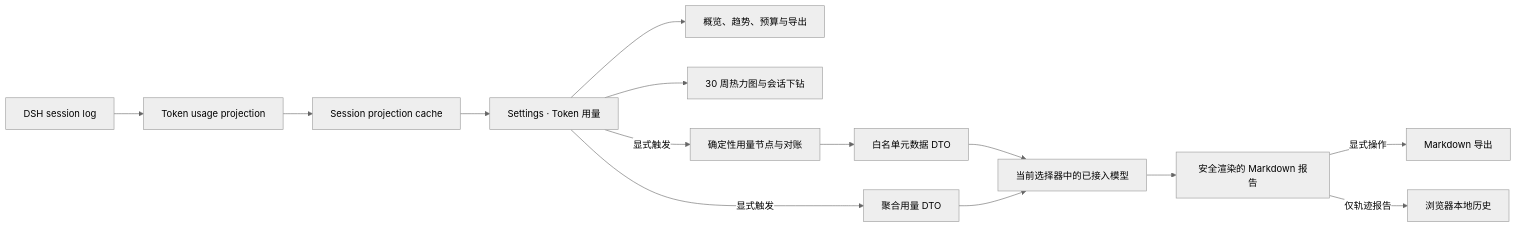
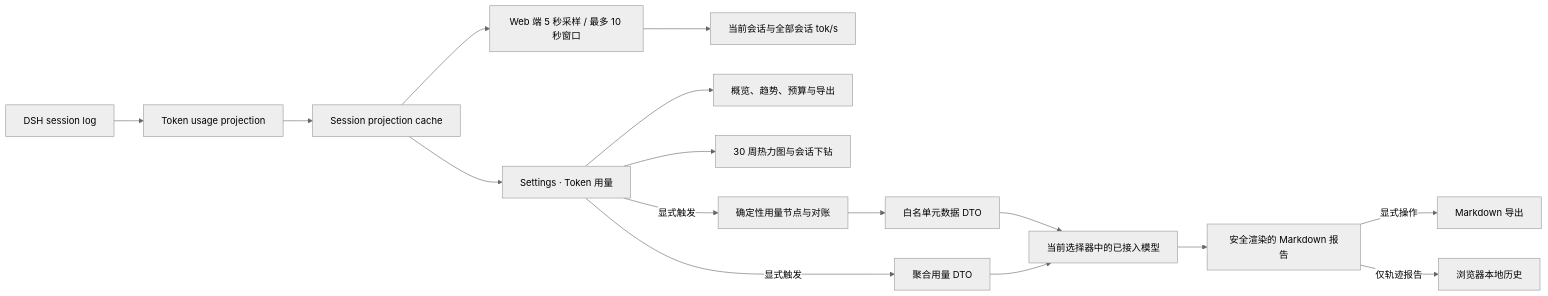
One commit to LeemanCheung/dsh-token-usage changed the diagram in README.md. Above: the diagram before and after it, drawn with Mermaid (neutral theme). The commit also changed other lines of this file and 18 other files, not shown here.

````diff
--- a/README.md
+++ b/README.md
@@ -239,16 +243,18 @@
 ```mermaid
 flowchart LR
   A[DSH session log] --> B[Token usage projection]
   B --> C[Session projection cache]
   C --> D[Settings · Token 用量]
+  C --> N[Web 端 5 秒采样 / 最多 10 秒窗口]
+  N --> O[当前会话与全部会话 tok/s]
   D --> E[概览、趋势、预算与导出]
   D --> F[30 周热力图与会话下钻]
   D -->|显式触发| G[确定性用量节点与对账]
   G --> H[白名单元数据 DTO]
   D -->|显式触发| J[聚合用量 DTO]
   H --> K[当前选择器中的已接入模型]
   J --> K
   K --> I[安全渲染的 Markdown 报告]
   I -->|显式操作| L[Markdown 导出]
   I -->|仅轨迹报告| M[浏览器本地历史]
 ```
````
